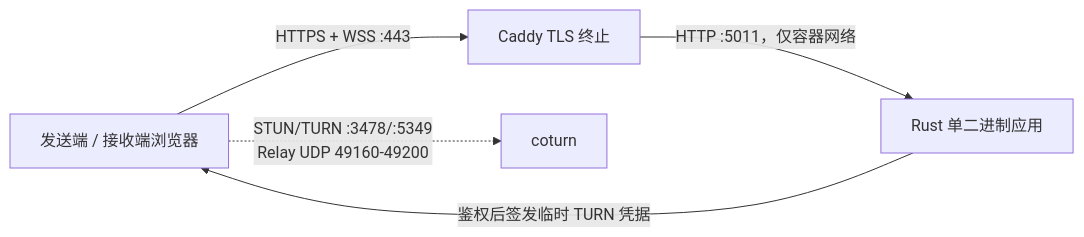
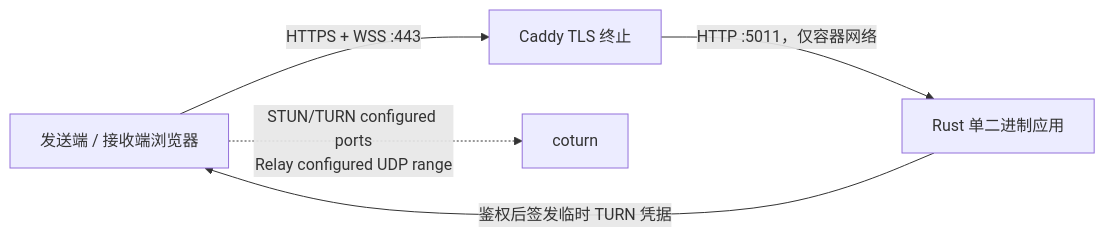
One commit to puzzle-fuzzy/webrtc-camera-share changed the diagram in docs/DEPLOYMENT.md. Above: the diagram before and after it, drawn with Mermaid. The commit also changed other lines of this file and 26 other files, not shown here.

````diff
--- a/docs/DEPLOYMENT.md
+++ b/docs/DEPLOYMENT.md
@@ -7,7 +7,7 @@
 ```mermaid
 flowchart LR
     Browser["发送端 / 接收端浏览器"] -->|"HTTPS + WSS :443"| Caddy["Caddy TLS 终止"]
     Caddy -->|"HTTP :5011，仅容器网络"| App["Rust 单二进制应用"]
-    Browser -.->|"STUN/TURN :3478/:5349\nRelay UDP 49160-49200"| Coturn["coturn"]
+    Browser -.->|"STUN/TURN configured ports\nRelay configured UDP range"| Coturn["coturn"]
     App -->|"鉴权后签发临时 TURN 凭据"| Browser
 ```
````
